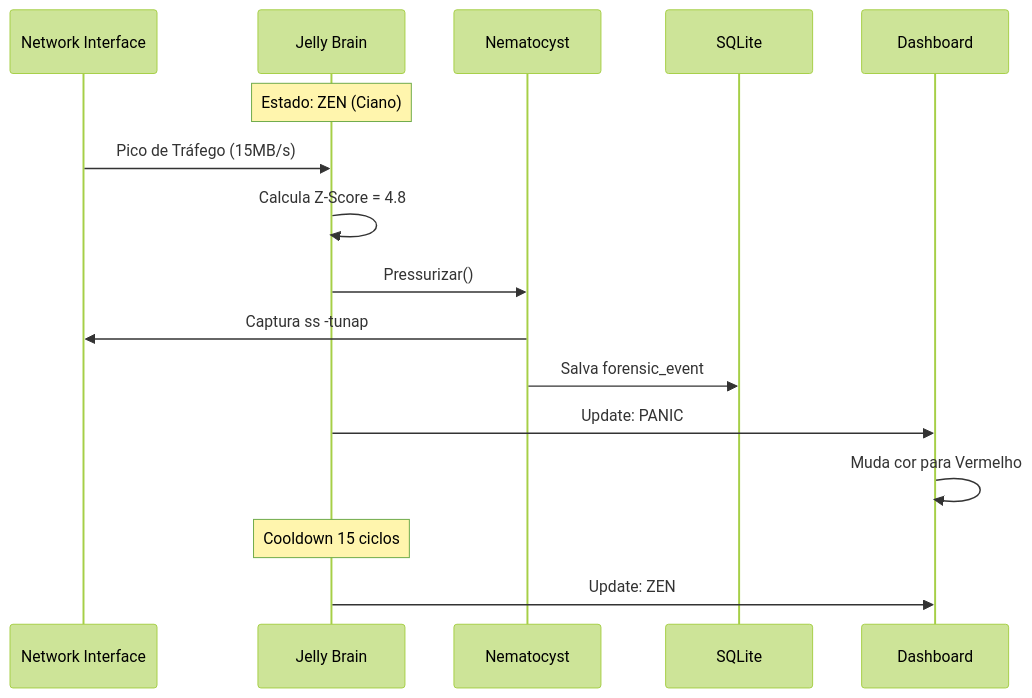
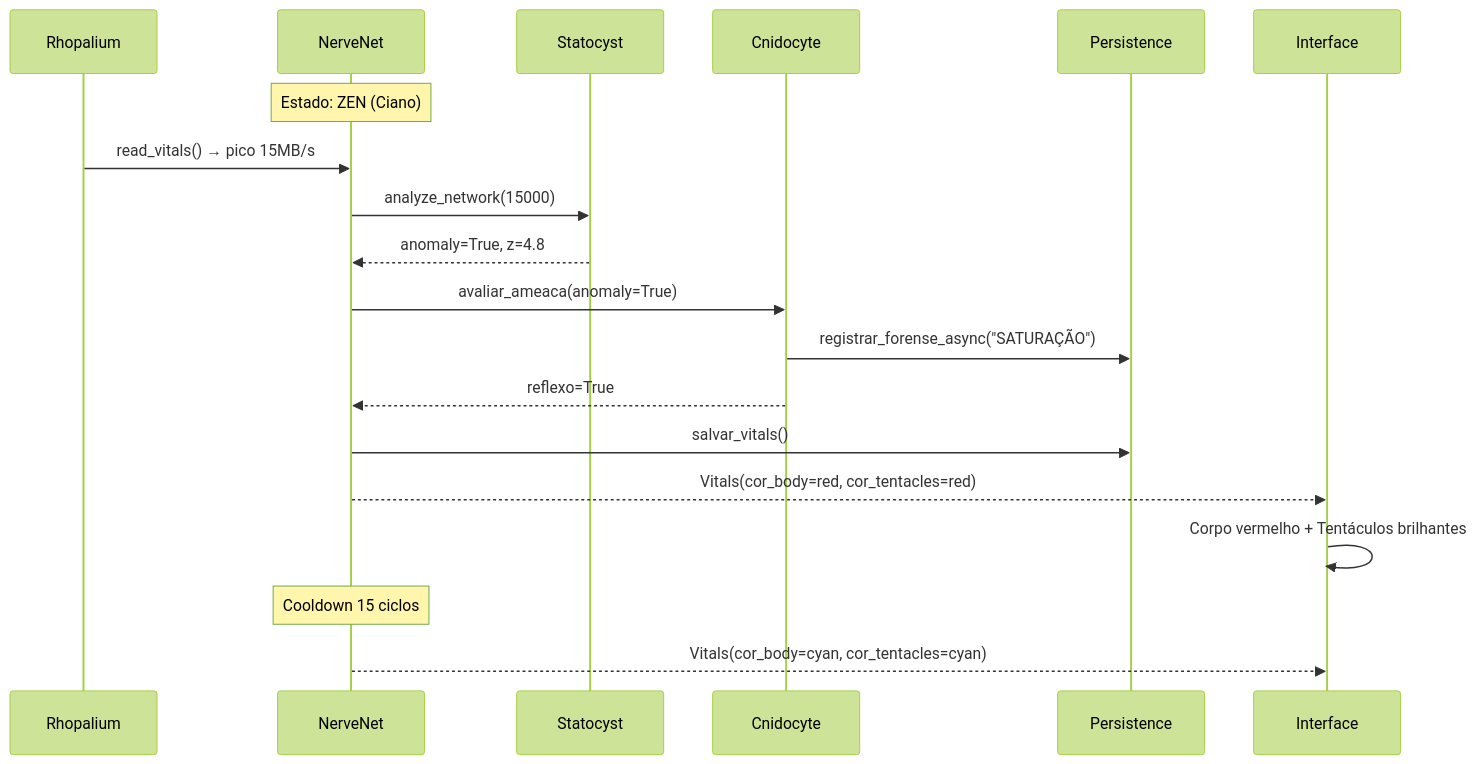
The third of 4 diagrams in ARCHITECTURE.md (codeZ-coder/JellyV6), drawn with Mermaid (forest theme) before and after one commit. The commit also changed other lines of this file and 13 other files, not shown here.

````diff
--- a/ARCHITECTURE.md
+++ b/ARCHITECTURE.md
@@ -99,23 +118,26 @@
 ```mermaid
 sequenceDiagram
-    participant Net as Network Interface
-    participant Brain as Jelly Brain
-    participant Nema as Nematocyst
-    participant DB as SQLite
-    participant UI as Dashboard
+    participant Rho as Rhopalium
+    participant NN as NerveNet
+    participant Stat as Statocyst
+    participant Cni as Cnidocyte
+    participant DB as Persistence
+    participant UI as Interface
 
-    Note over Brain: Estado: ZEN (Ciano)
+    Note over NN: Estado: ZEN (Ciano)
 
-    Net->>Brain: Pico de Tráfego (15MB/s)
-    Brain->>Brain: Calcula Z-Score = 4.8
-    
-    Brain->>Nema: Pressurizar()
-    Nema->>Net: Captura ss -tunap
-    Nema->>DB: Salva forensic_event
-    
-    Brain->>UI: Update: PANIC
-    UI->>UI: Muda cor para Vermelho
-    
-    Note over Brain: Cooldown 15 ciclos
-    Brain->>UI: Update: ZEN
+    Rho->>NN: read_vitals() → pico 15MB/s
+    NN->>Stat: analyze_network(15000)
+    Stat-->>NN: anomaly=True, z=4.8
+
+    NN->>Cni: avaliar_ameaca(anomaly=True)
+    Cni->>DB: registrar_forense_async("SATURAÇÃO")
+    Cni-->>NN: reflexo=True
+
+    NN->>DB: salvar_vitals()
+    NN-->>UI: Vitals(cor_body=red, cor_tentacles=red)
+    UI->>UI: Corpo vermelho + Tentáculos brilhantes
+
+    Note over NN: Cooldown 15 ciclos
+    NN-->>UI: Vitals(cor_body=cyan, cor_tentacles=cyan)
 ```
````
